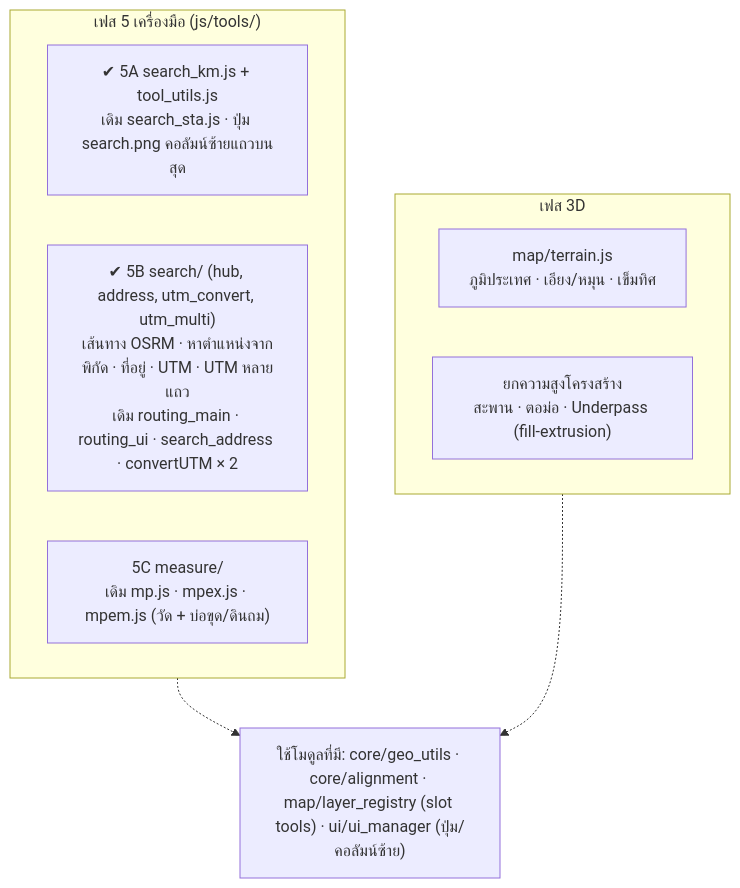
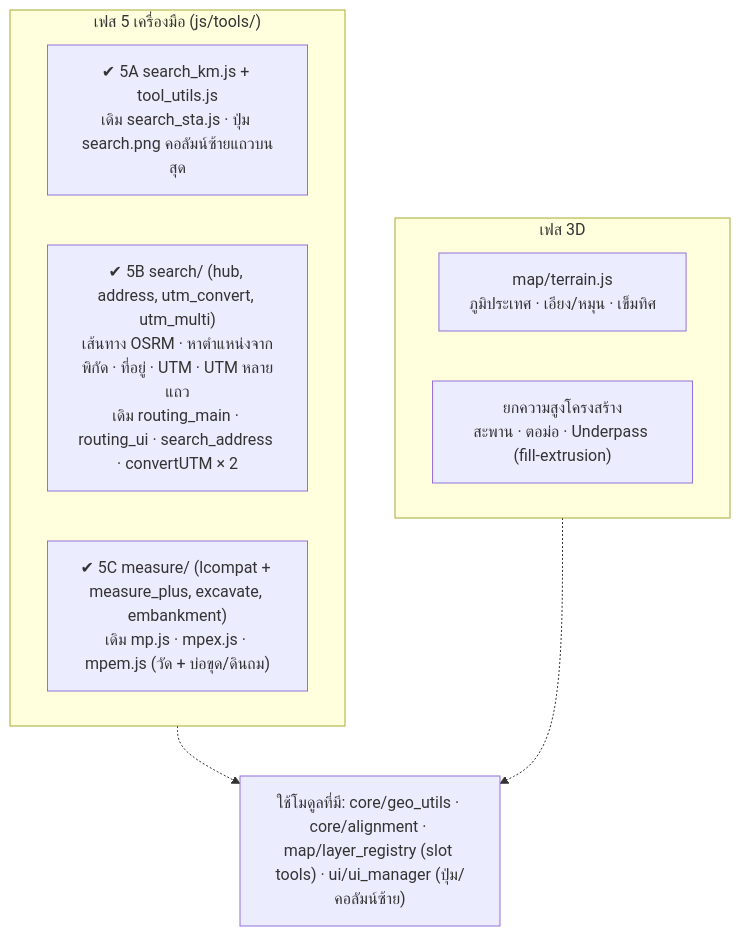
The fourth of 4 diagrams in docs/ARCHITECTURE.md (mr-pairot/bpnp-map3d), drawn with Mermaid before and after one commit. The commit also changed other lines of this file and 12 other files, not shown here.

````diff
--- a/docs/ARCHITECTURE.md
+++ b/docs/ARCHITECTURE.md
@@ -119,15 +123,15 @@
 ```mermaid
 flowchart TB
     subgraph P5["เฟส 5 เครื่องมือ (js/tools/)"]
         t1["✔ 5A search_km.js + tool_utils.js<br/>เดิม search_sta.js · ปุ่ม search.png คอลัมน์ซ้ายแถวบนสุด"]
         t3["✔ 5B search/ (hub, address, utm_convert, utm_multi)<br/>เส้นทาง OSRM · หาตำแหน่งจากพิกัด · ที่อยู่ · UTM · UTM หลายแถว<br/>เดิม routing_main · routing_ui · search_address · convertUTM × 2"]
-        t2["5C measure/<br/>เดิม mp.js · mpex.js · mpem.js (วัด + บ่อขุด/ดินถม)"]
+        t2["✔ 5C measure/ (lcompat + measure_plus, excavate, embankment)<br/>เดิม mp.js · mpex.js · mpem.js (วัด + บ่อขุด/ดินถม)"]
     end
     subgraph D3["เฟส 3D"]
         d1["map/terrain.js<br/>ภูมิประเทศ · เอียง/หมุน · เข็มทิศ"]
         d2["ยกความสูงโครงสร้าง<br/>สะพาน · ตอม่อ · Underpass (fill-extrusion)"]
     end
     U["ใช้โมดูลที่มี: core/geo_utils · core/alignment · map/layer_registry (slot tools) · ui/ui_manager (ปุ่ม/คอลัมน์ซ้าย)"]
     P5 -.-> U
     D3 -.-> U
 ```
````
